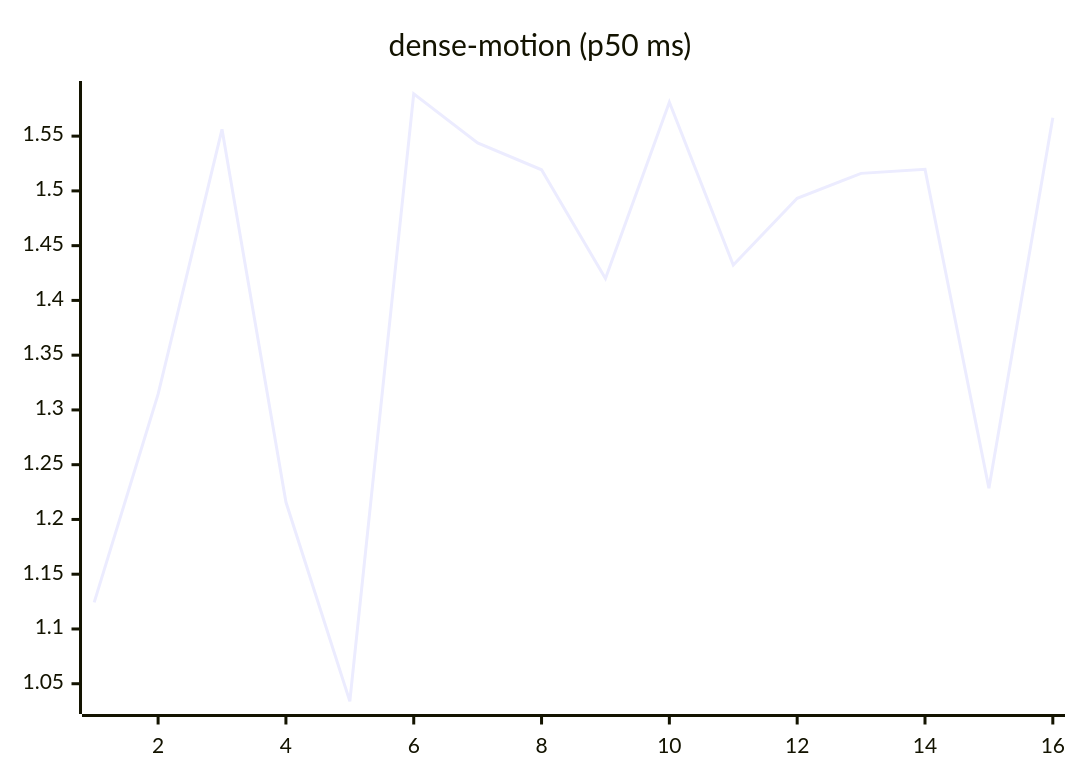
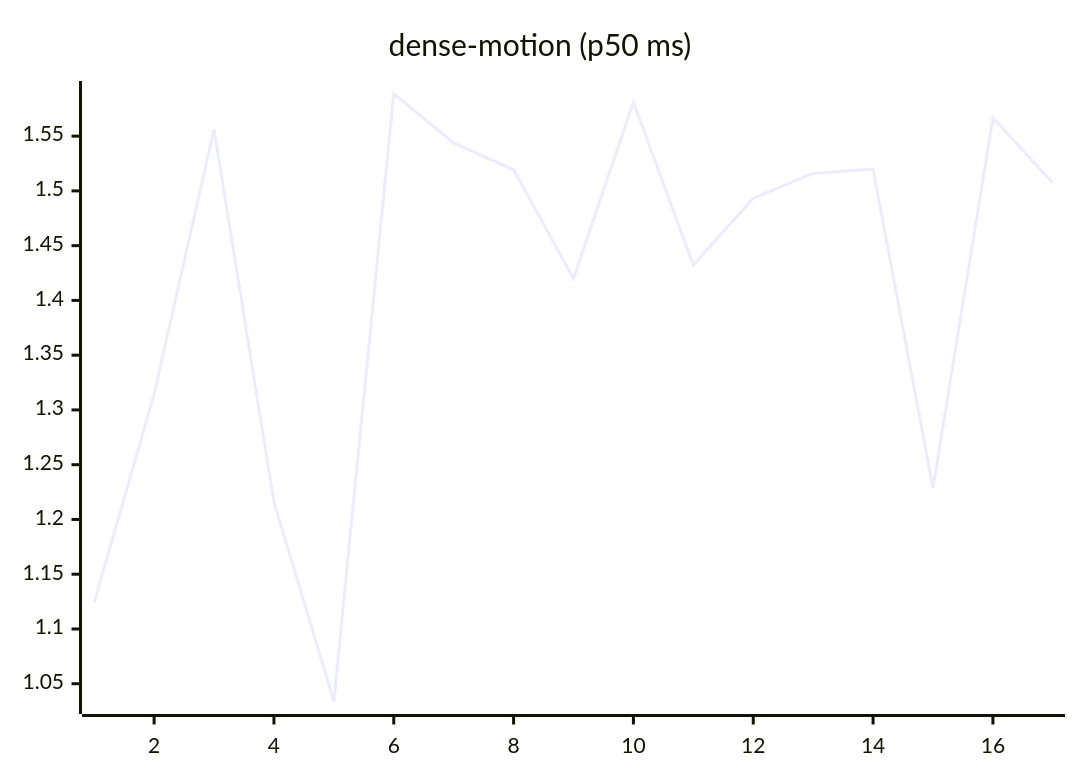
The ninth of 27 diagrams in README.md (josha/Facet), drawn with Mermaid before and after one commit. The commit also changed other lines of this file and 2 other files, not shown here.

````diff
--- a/README.md
+++ b/README.md
@@ -119,6 +119,6 @@
 ```mermaid
 xychart-beta
     title "dense-motion (p50 ms)"
-    x-axis 1 --> 16
-    line [1.1243, 1.3144, 1.5562, 1.2159, 1.0340, 1.5887, 1.5438, 1.5193, 1.4201, 1.5809, 1.4323, 1.4933, 1.5160, 1.5198, 1.2285, 1.5668]
+    x-axis 1 --> 17
+    line [1.1243, 1.3144, 1.5562, 1.2159, 1.0340, 1.5887, 1.5438, 1.5193, 1.4201, 1.5809, 1.4323, 1.4933, 1.5160, 1.5198, 1.2285, 1.5668, 1.5073]
 ```
````
